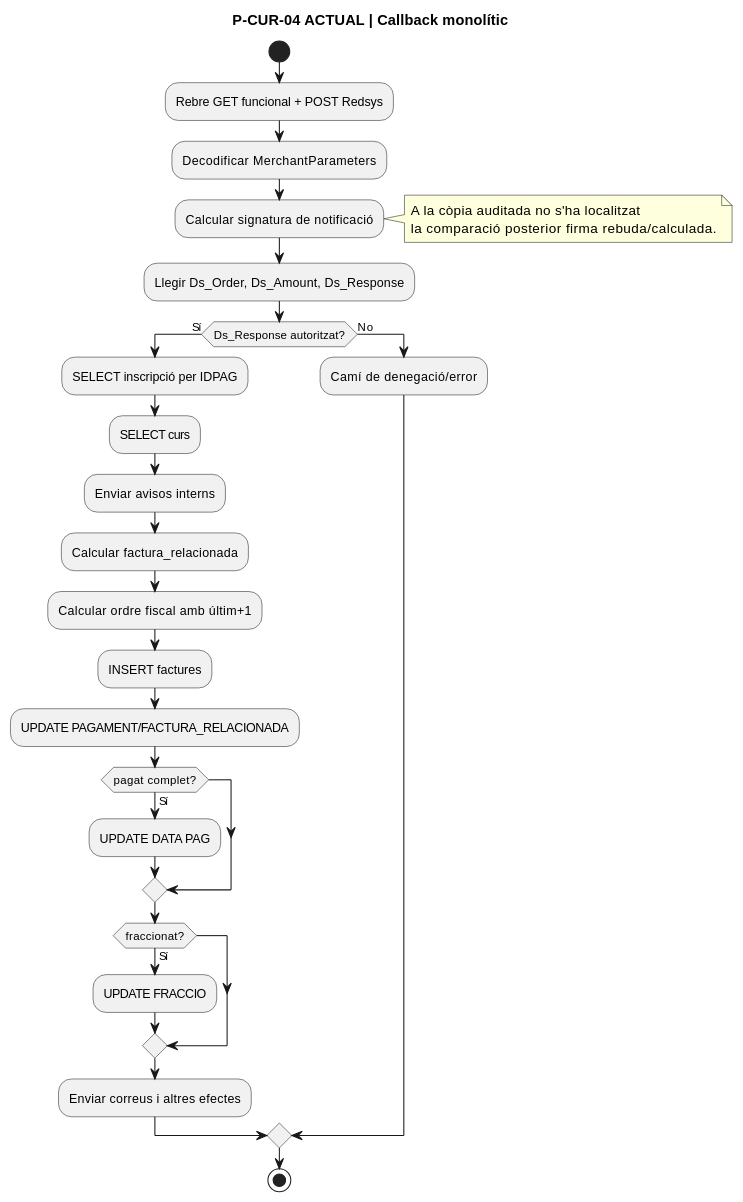
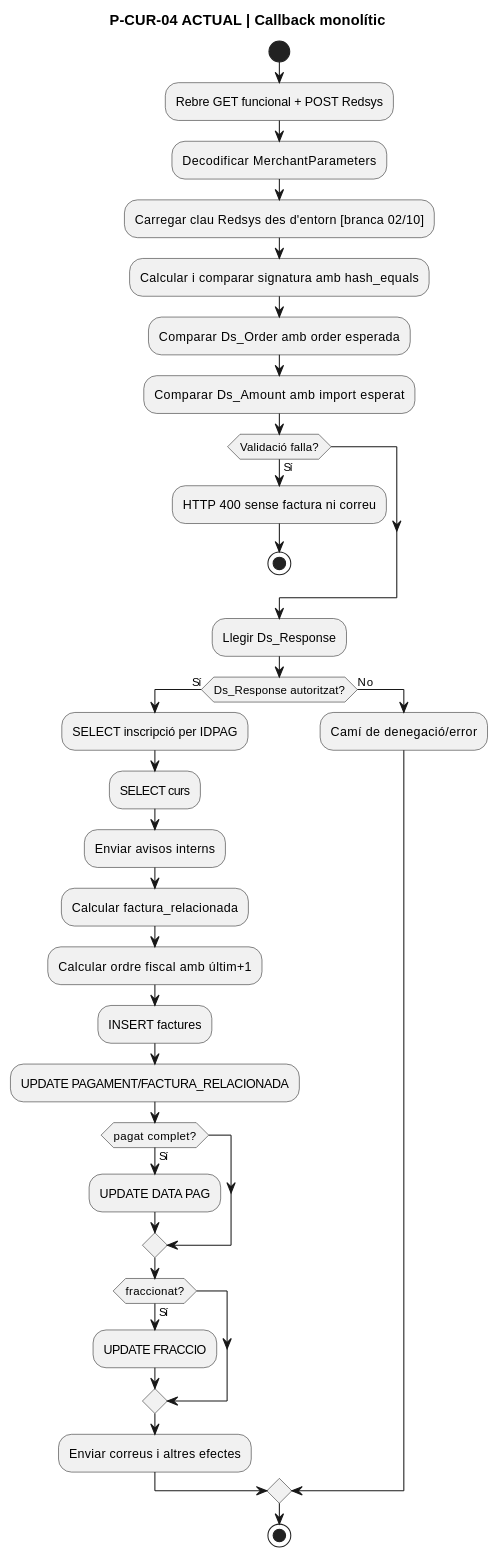
Before and after one commit to orgmeriemprismacat-del/verifactu: the seventh of 14 diagrams in documentacio/07-uml-integrat/uc-014-activitats-pagines-redsys-actual-final.md, drawn with PlantUML. The commit also changed other lines of this file, not shown here.

Commit message:
docs(UC-014): completar activitats per pagina amb PHP JS real

````diff
--- a/documentacio/07-uml-integrat/uc-014-activitats-pagines-redsys-actual-final.md
+++ b/documentacio/07-uml-integrat/uc-014-activitats-pagines-redsys-actual-final.md
@@ -177,33 +185,36 @@
 ```plantuml
 @startuml
 title P-CUR-04 ACTUAL | Callback monolític
 start
 :Rebre GET funcional + POST Redsys;
 :Decodificar MerchantParameters;
-:Calcular signatura de notificació;
-note right
-  A la còpia auditada no s'ha localitzat
-  la comparació posterior firma rebuda/calculada.
-end note
-:Llegir Ds_Order, Ds_Amount, Ds_Response;
+:Carregar clau Redsys des d'entorn [branca 02/10];
+:Calcular i comparar signatura amb hash_equals;
+:Comparar Ds_Order amb order esperada;
+:Comparar Ds_Amount amb import esperat;
+if (Validació falla?) then (Sí)
+  :HTTP 400 sense factura ni correu;
+  stop
+endif
+:Llegir Ds_Response;
 if (Ds_Response autoritzat?) then (Sí)
   :SELECT inscripció per IDPAG;
   :SELECT curs;
   :Enviar avisos interns;
   :Calcular factura_relacionada;
   :Calcular ordre fiscal amb últim+1;
   :INSERT factures;
   :UPDATE PAGAMENT/FACTURA_RELACIONADA;
   if (pagat complet?) then (Sí)
     :UPDATE DATA PAG;
   endif
   if (fraccionat?) then (Sí)
     :UPDATE FRACCIO;
   endif
   :Enviar correus i altres efectes;
 else (No)
   :Camí de denegació/error;
 endif
 stop
 @enduml
 ```
````
